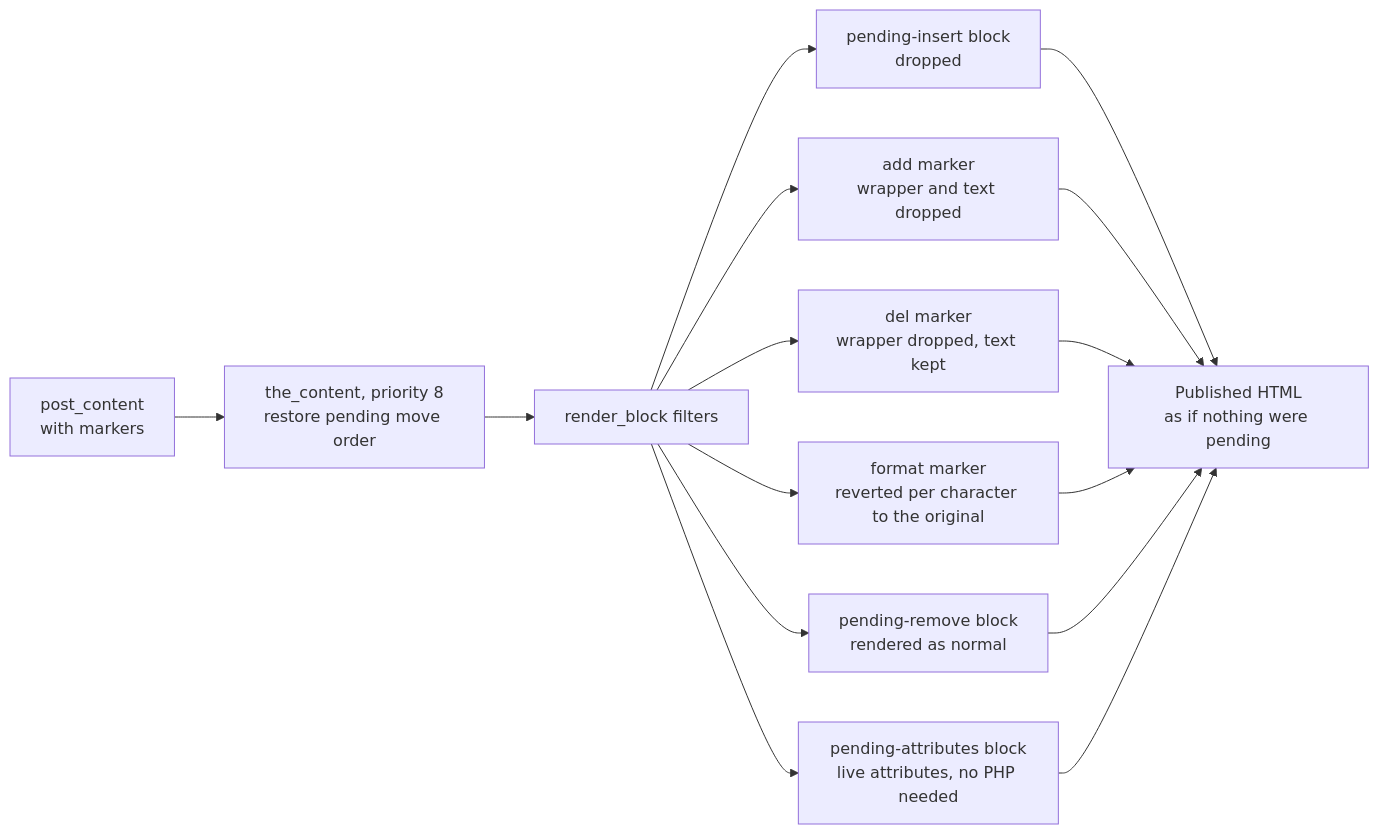
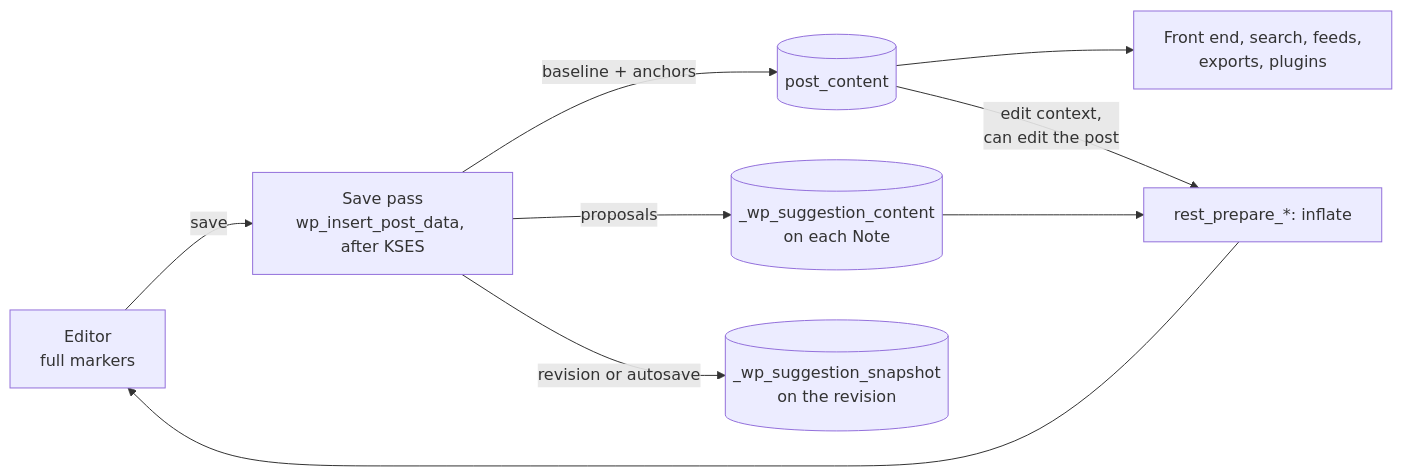
Before and after one commit to WordPress/gutenberg: the eighth of 8 diagrams in docs/explanations/architecture/suggestions-overview.md, drawn with Mermaid. The commit also changed other lines of this file and 1 other file, not shown here.

First line of the commit message:
Suggestion mode: Add a storage summary and bring the docs in line with the save pass

````diff
--- a/docs/explanations/architecture/suggestions-overview.md
+++ b/docs/explanations/architecture/suggestions-overview.md
@@ -287,12 +303,11 @@
 ```mermaid
 flowchart LR
-    PC["post_content<br/>with markers"] --> TC["the_content, priority 8<br/>restore pending move order"]
-    TC --> RB["render_block filters"]
-    RB --> Ins["pending-insert block<br/>dropped"]
-    RB --> Add["add marker<br/>wrapper and text dropped"]
-    RB --> Del["del marker<br/>wrapper dropped, text kept"]
-    RB --> Fmt["format marker<br/>reverted per character to the original"]
-    RB --> Rem["pending-remove block<br/>rendered as normal"]
-    RB --> Att["pending-attributes block<br/>live attributes, no PHP needed"]
-    Ins & Add & Del & Fmt & Rem & Att --> Out["Published HTML<br/>as if nothing were pending"]
+    E["Editor<br/>full markers"] -- save --> X["Save pass<br/>wp_insert_post_data, after KSES"]
+    X -- "baseline + anchors" --> PC[("post_content")]
+    X -- "proposals" --> N[("_wp_suggestion_content<br/>on each Note")]
+    X -- "revision or autosave" --> R[("_wp_suggestion_snapshot<br/>on the revision")]
+    PC --> Pub["Front end, search, feeds,<br/>exports, plugins"]
+    PC -- "edit context,<br/>can edit the post" --> I["rest_prepare_*: inflate"]
+    N --> I
+    I --> E
 ```
````
